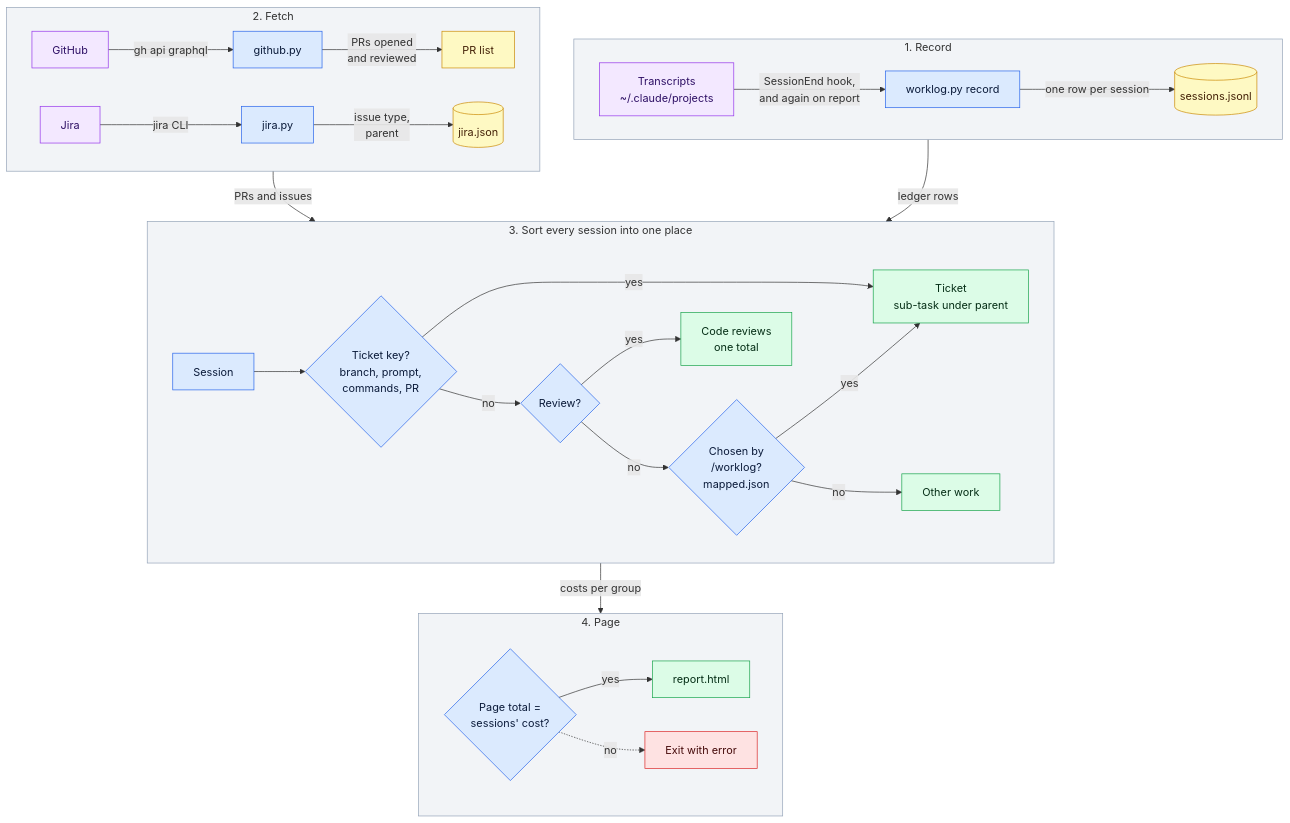
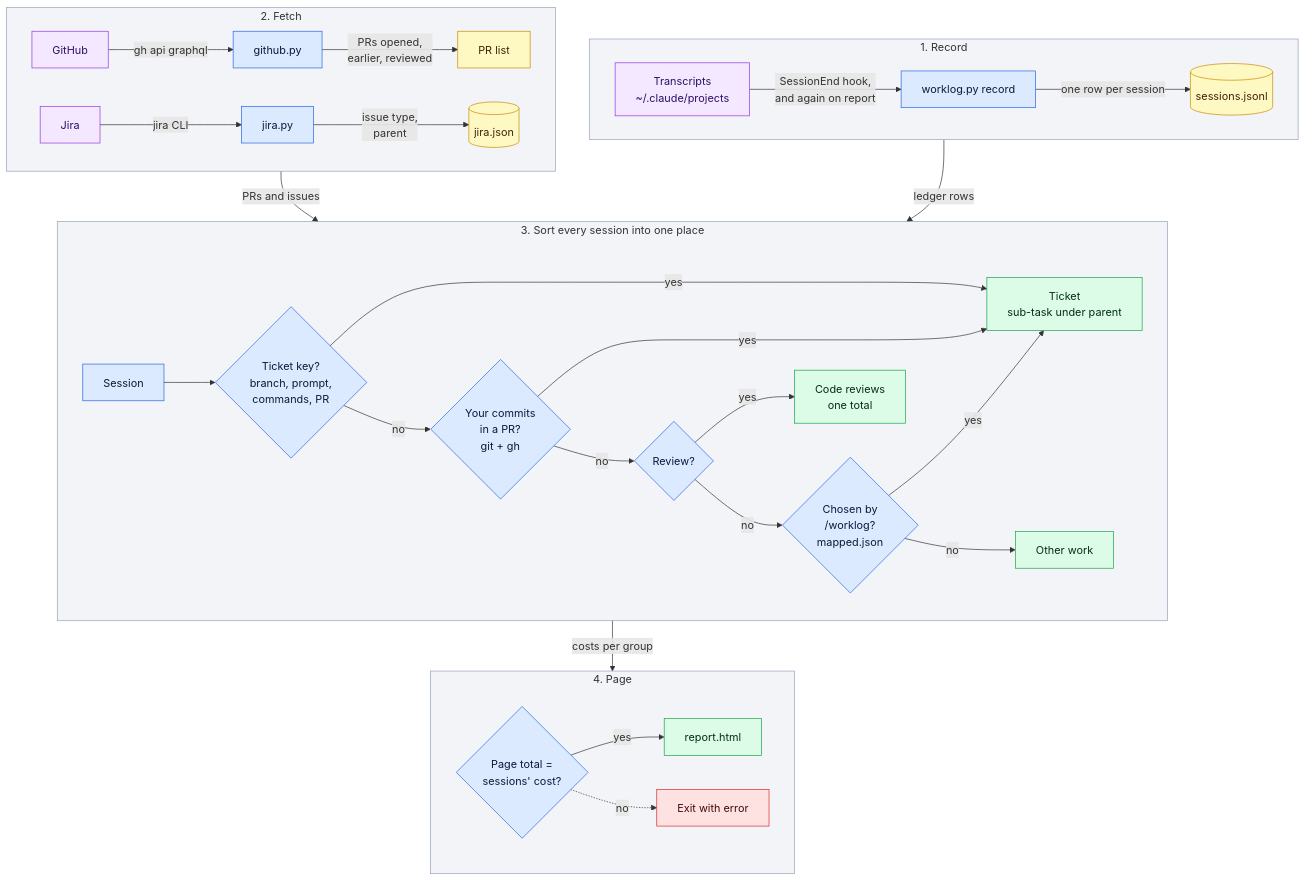
The diagram in skills/worklog/flow.mmd (araltiparmak/claude-harness), drawn with Mermaid before and after one commit. The commit also changed 7 other files, not shown here.

Commit message:
worklog: more from gh and jira - earlier PRs lend their branches, commits made during a session find their PR, issues in progress that day as a mapping hint

```diff
--- a/skills/worklog/flow.mmd
+++ b/skills/worklog/flow.mmd
@@ -1,41 +1,42 @@
 %% How /worklog turns sessions, pull requests and Jira issues into one page. Render: diagrams/scripts/render.sh flow.mmd
 flowchart TB
   subgraph fetch [2. Fetch]
     direction LR
-    gh[GitHub] -- gh api graphql --> ghp[github.py] -- PRs opened<br/>and reviewed --> prs[PR list]
+    gh[GitHub] -- gh api graphql --> ghp[github.py] -- PRs opened,<br/>earlier, reviewed --> prs[PR list]
     jc[Jira] -- jira CLI --> jp[jira.py] -- issue type,<br/>parent --> cache[(jira.json)]
   end
   subgraph rec [1. Record]
     direction LR
     tr[Transcripts<br/>~/.claude/projects] -- SessionEnd hook,<br/>and again on report --> rc[worklog.py record] -- one row per session --> led[(sessions.jsonl)]
   end
   subgraph sort [3. Sort every session into one place]
     direction LR
     s[Session] --> key{Ticket key?<br/>branch, prompt,<br/>commands, PR} -- yes --> tk[Ticket<br/>sub-task under parent]
-    key -- no --> rv{Review?} -- yes --> rpr[Code reviews<br/>one total]
+    key -- no --> cm{Your commits<br/>in a PR?<br/>git + gh} -- yes --> tk
+    cm -- no --> rv{Review?} -- yes --> rpr[Code reviews<br/>one total]
     rv -- no --> mp{Chosen by<br/>/worklog?<br/>mapped.json} -- yes --> tk
     mp -- no --> oth[Other work]
   end
   subgraph out [4. Page]
     direction LR
     chk{Page total =<br/>sessions' cost?} -- yes --> page[report.html]
     chk -. no .-> stop[Exit with error]
   end
   fetch -- PRs and issues --> sort
   rec -- ledger rows --> sort
   sort -- costs per group --> out
 
   classDef step fill:#dbeafe,stroke:#2563eb,color:#0b1b3a
   classDef ext fill:#f3e8ff,stroke:#9333ea,color:#2e1065
   classDef data fill:#fef9c3,stroke:#ca8a04,color:#422006
   classDef fail fill:#fee2e2,stroke:#dc2626,color:#450a0a
   classDef done fill:#dcfce7,stroke:#16a34a,color:#052e16
-  class rc,ghp,jp,s,key,rv,mp,chk step
+  class rc,ghp,jp,s,key,cm,rv,mp,chk step
   class tr,gh,jc ext
   class led,prs,cache data
   class stop fail
   class tk,rpr,oth,page done
   style rec fill:#94a3b81f,stroke:#94a3b8
   style fetch fill:#94a3b81f,stroke:#94a3b8
   style sort fill:#94a3b81f,stroke:#94a3b8
   style out fill:#94a3b81f,stroke:#94a3b8
```
